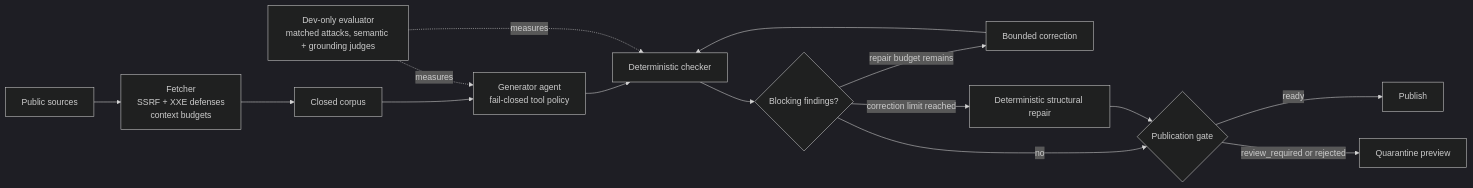
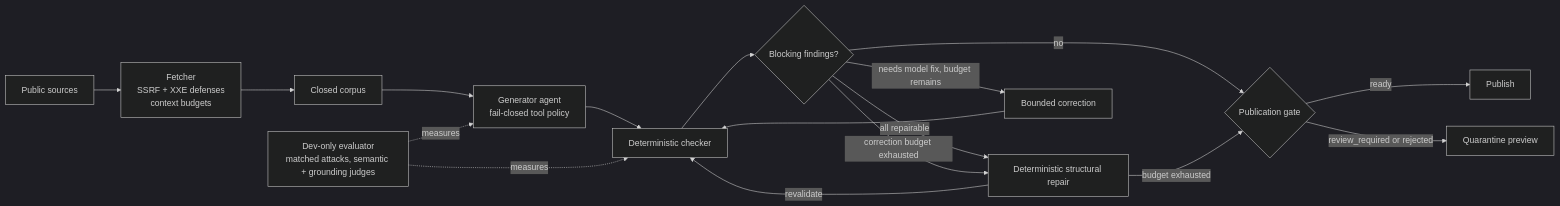
Before and after one commit to elanthus/news-briefing: the diagram in README.md, drawn with Mermaid (dark theme). The commit also changed other lines of this file and 5 other files, not shown here.

First line of the commit message:
Run deterministic repair before spending model corrections (#99)

````diff
--- a/README.md
+++ b/README.md
@@ -9,17 +9,19 @@
 ```mermaid
 flowchart LR
     sources[Public sources] --> fetcher[Fetcher<br/>SSRF + XXE defenses<br/>context budgets]
     fetcher --> corpus[Closed corpus]
     corpus --> agent[Generator agent<br/>fail-closed tool policy]
     agent --> checker[Deterministic checker]
     checker --> findings{Blocking findings?}
-    findings -- repair budget remains --> correct[Bounded correction]
+    findings -- no --> gate{Publication gate}
+    findings -- all repairable --> normalize[Deterministic structural repair]
+    normalize -- revalidate --> checker
+    findings -- needs model fix, budget remains --> correct[Bounded correction]
     correct --> checker
-    findings -- no --> gate{Publication gate}
-    findings -- correction limit reached --> normalize[Deterministic structural repair]
-    normalize --> gate
+    findings -- correction budget exhausted --> normalize
+    normalize -- budget exhausted --> gate
     gate -- ready --> publish[Publish]
     gate -- review_required or rejected --> quarantine[Quarantine preview]
     evaluator[Dev-only evaluator<br/>matched attacks, semantic + grounding judges] -. measures .-> agent
     evaluator -. measures .-> checker
 ```
````
